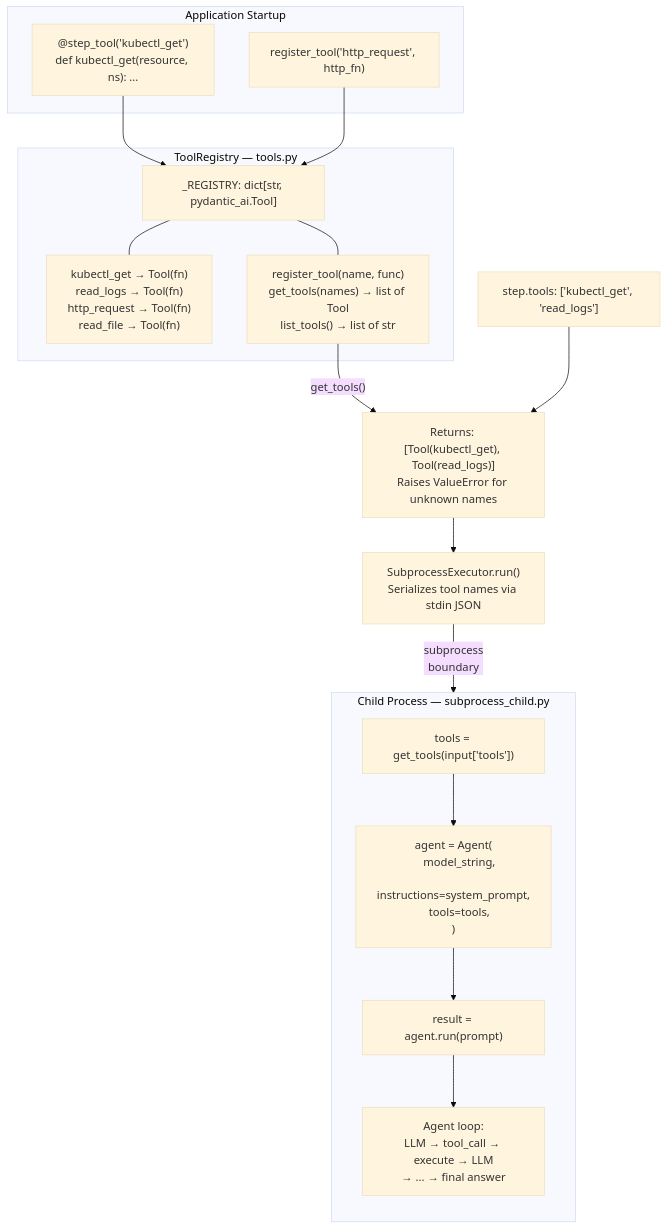
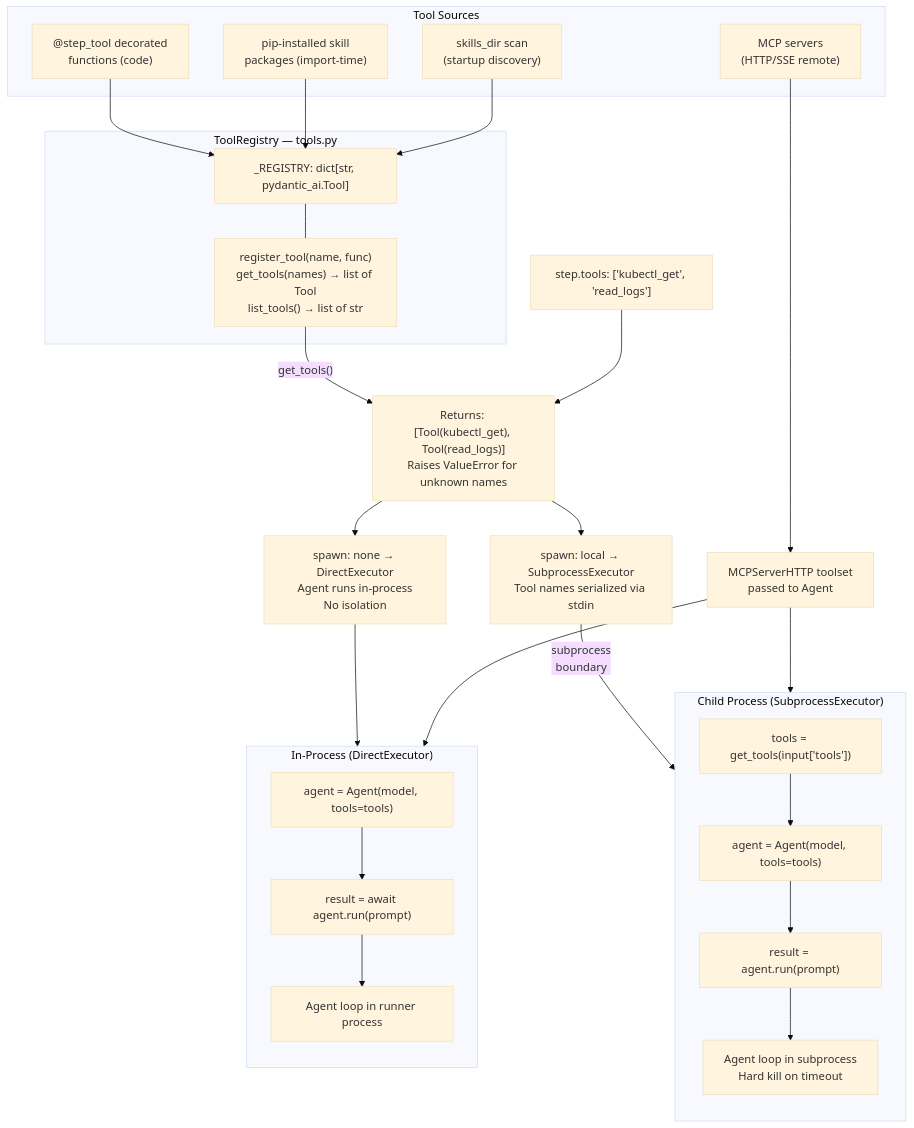
Before and after one commit to jameswnl/lightspeed-cloud-agents: the second of 6 diagrams in docs/tool-registry-architecture.md, drawn with Mermaid (base theme). The commit also changed other lines of this file, not shown here.

Commit message:
Address review feedback: mark planned features, add MCP/skills roadmap
- Add note at top clarifying planned vs implemented diagrams
- Mark Tool Registry diagram as "Planned (#131 PR B)"
- Mark tool, MCP, and skills support as *(planned)* in comparison table
- Add tool sources diagram showing all four sources feeding ToolRegistry
- Update spawn: none to show tools + Agent support (design decision)
- Add MCP toolset flow to registry diagram
- Verify StepResult fields (input_tokens, output_tokens, duration_ms) exist

Addresses beesarmy review and CodeRabbit comments on PR #132.

````diff
--- a/docs/tool-registry-architecture.md
+++ b/docs/tool-registry-architecture.md
@@ -33,36 +40,51 @@
 ```mermaid
 flowchart TD
-    subgraph startup["Application Startup"]
-        decorator["@step_tool('kubectl_get')<br/>def kubectl_get(resource, ns): ..."]
-        programmatic["register_tool('http_request', http_fn)"]
+    subgraph sources["Tool Sources"]
+        decorators["@step_tool decorated<br/>functions (code)"]
+        packages["pip-installed skill<br/>packages (import-time)"]
+        scan["skills_dir scan<br/>(startup discovery)"]
+        mcp["MCP servers<br/>(HTTP/SSE remote)"]
     end
 
     subgraph registry["ToolRegistry — tools.py"]
         store["_REGISTRY: dict[str, pydantic_ai.Tool]"]
-        entries["kubectl_get → Tool(fn)<br/>read_logs → Tool(fn)<br/>http_request → Tool(fn)<br/>read_file → Tool(fn)"]
         api["register_tool(name, func)<br/>get_tools(names) → list of Tool<br/>list_tools() → list of str"]
     end
 
-    decorator --> store
-    programmatic --> store
-    store --- entries
+    decorators --> store
+    packages --> store
+    scan --> store
     store --- api
 
     step_tools["step.tools: ['kubectl_get', 'read_logs']"]
     api -->|"get_tools()"| resolved["Returns: [Tool(kubectl_get), Tool(read_logs)]<br/>Raises ValueError for unknown names"]
 
     step_tools --> resolved
-    resolved --> executor["SubprocessExecutor.run()<br/>Serializes tool names via stdin JSON"]
 
-    subgraph child["Child Process — subprocess_child.py"]
+    resolved --> direct_exec["spawn: none → DirectExecutor<br/>Agent runs in-process<br/>No isolation"]
+    resolved --> subprocess_exec["spawn: local → SubprocessExecutor<br/>Tool names serialized via stdin"]
+
+    subgraph direct_agent["In-Process (DirectExecutor)"]
         direction TB
-        load["tools = get_tools(input['tools'])"]
-        agent["agent = Agent(<br/>    model_string,<br/>    instructions=system_prompt,<br/>    tools=tools,<br/>)"]
-        run["result = agent.run(prompt)"]
-        loop["Agent loop:<br/>LLM → tool_call → execute → LLM<br/>→ ... → final answer"]
-
-        load --> agent --> run --> loop
+        d_agent["agent = Agent(model, tools=tools)"]
+        d_run["result = await agent.run(prompt)"]
+        d_loop["Agent loop in runner process"]
+        d_agent --> d_run --> d_loop
     end
 
-    executor -->|"subprocess<br/>boundary"| child
+    subgraph child["Child Process (SubprocessExecutor)"]
+        direction TB
+        c_load["tools = get_tools(input['tools'])"]
+        c_agent["agent = Agent(model, tools=tools)"]
+        c_run["result = agent.run(prompt)"]
+        c_loop["Agent loop in subprocess<br/>Hard kill on timeout"]
+        c_load --> c_agent --> c_run --> c_loop
+    end
+
+    direct_exec --> direct_agent
+    subprocess_exec -->|"subprocess<br/>boundary"| child
+
+    mcp --> mcp_toolset["MCPServerHTTP toolset<br/>passed to Agent"]
+    mcp_toolset --> direct_agent
+    mcp_toolset --> child
 ```
````
